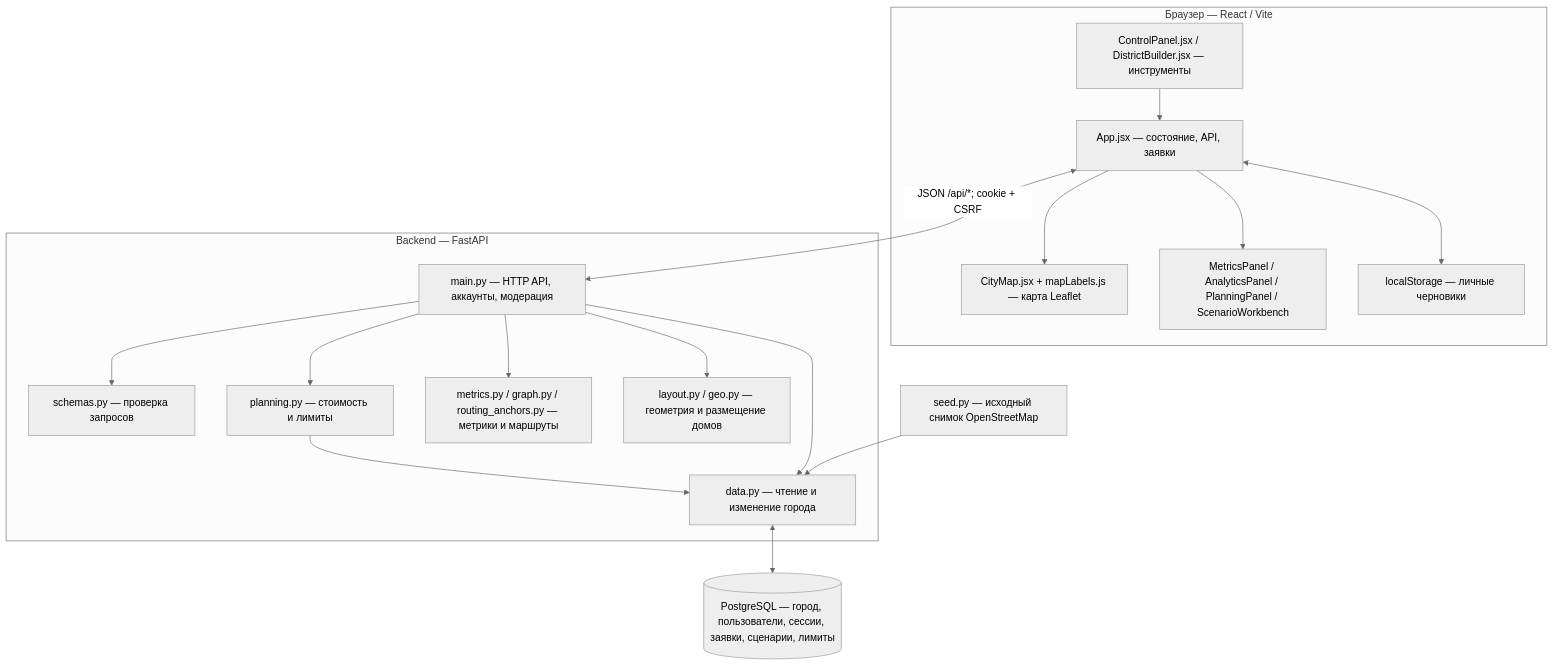
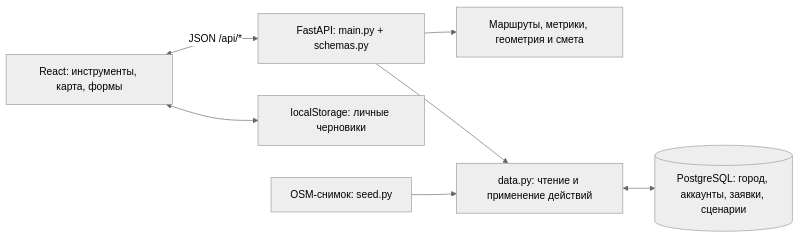
The diagram in README.md (TheLexusC/Try_catch_hakaton26), drawn with Mermaid (neutral theme) before and after one commit. The commit also changed other lines of this file and 10 other files, not shown here.

````diff
--- a/README.md
+++ b/README.md
@@ -7,33 +166,9 @@
 ```mermaid
-flowchart TB
-  subgraph Browser[Браузер — React / Vite]
-    App["App.jsx — состояние, API, заявки"]
-    Map["CityMap.jsx + mapLabels.js — карта Leaflet"]
-    Controls["ControlPanel.jsx / DistrictBuilder.jsx — инструменты"]
-    Panels["MetricsPanel / AnalyticsPanel / PlanningPanel / ScenarioWorkbench"]
-    Draft["localStorage — личные черновики"]
-    App --> Map
-    Controls --> App
-    App --> Panels
-    App <--> Draft
-  end
-  subgraph Server[Backend — FastAPI]
-    API["main.py — HTTP API, аккаунты, модерация"]
-    Schema["schemas.py — проверка запросов"]
-    Data["data.py — чтение и изменение города"]
-    Plan["planning.py — стоимость и лимиты"]
-    Metrics["metrics.py / graph.py / routing_anchors.py — метрики и маршруты"]
-    Layout["layout.py / geo.py — геометрия и размещение домов"]
-    API --> Schema
-    API --> Plan
-    API --> Metrics
-    API --> Layout
-    Plan --> Data
-    API --> Data
-  end
-  DB[("PostgreSQL — город, пользователи, сессии, заявки, сценарии, лимиты")]
-  Seed["seed.py — исходный снимок OpenStreetMap"]
-  App <-->|"JSON /api/*; cookie + CSRF"| API
-  Data <--> DB
-  Seed --> Data
+flowchart LR
+  UI["React: инструменты, карта, формы"] <-->|"JSON /api/*"| API["FastAPI: main.py + schemas.py"]
+  UI <--> Draft["localStorage: личные черновики"]
+  API --> Calc["Маршруты, метрики, геометрия и смета"]
+  API --> Data["data.py: чтение и применение действий"]
+  Data <--> DB[("PostgreSQL: город, аккаунты, заявки, сценарии")]
+  Seed["OSM-снимок: seed.py"] --> Data
 ```
````
